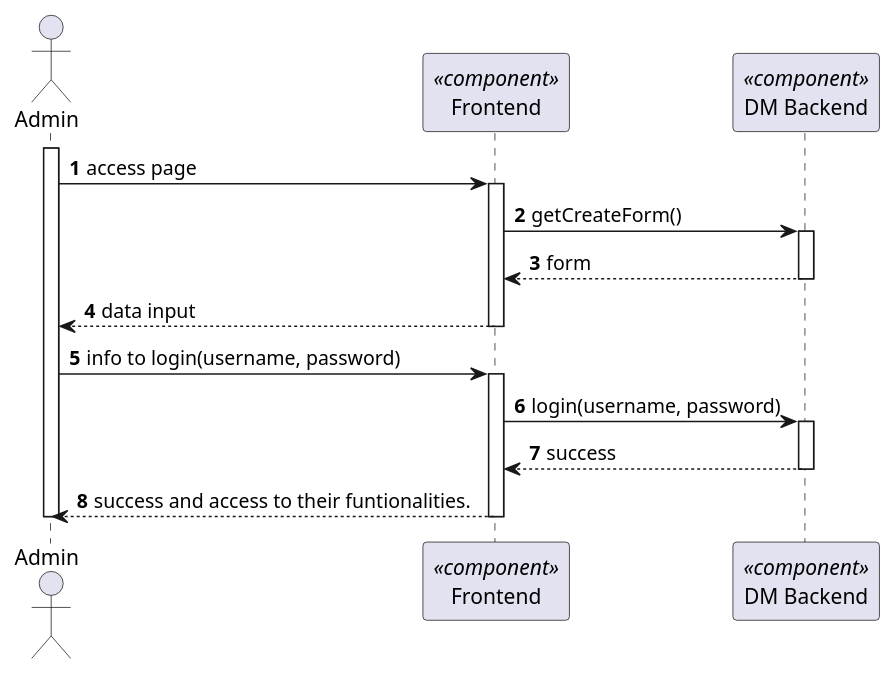
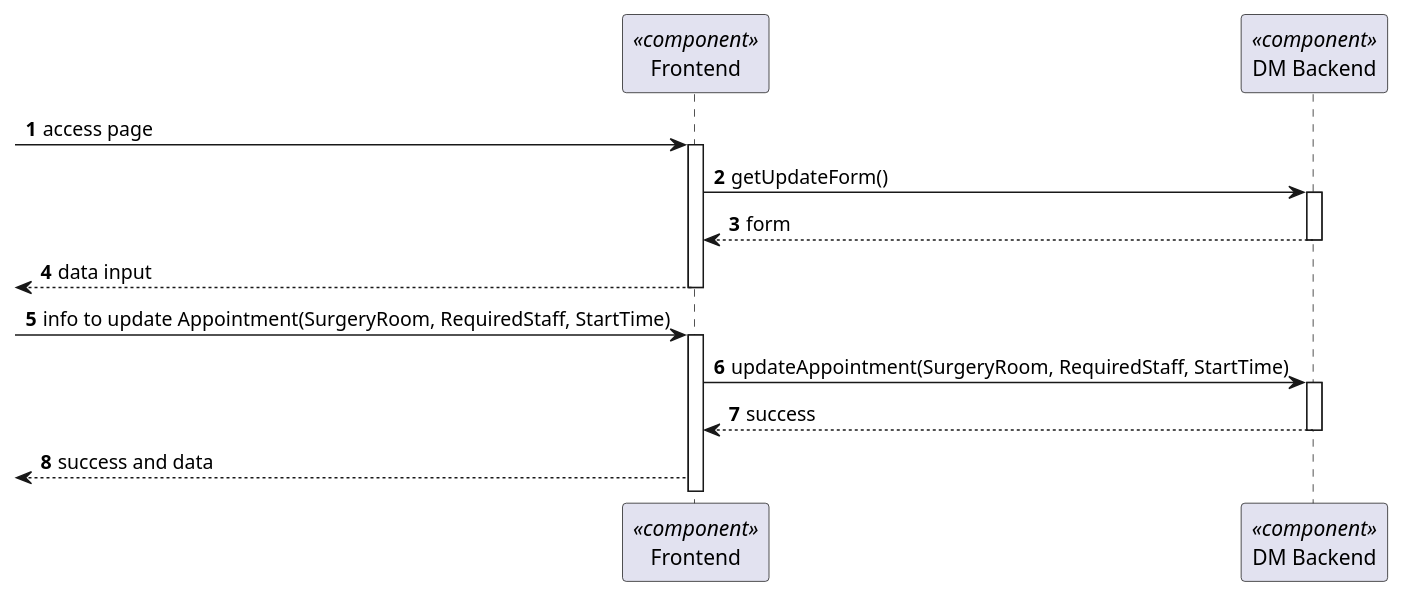
One commit to Ana-Miguel-Silva/SurgicalAppointmentAndResourceManagement changed the diagram in docs/BackofficeModule/7.2.9/sequence-diagram-2.puml. Above: the diagram before and after it, drawn with PlantUML. The commit also changed 36 other files, not shown here.

```diff
--- a/docs/BackofficeModule/7.2.9/sequence-diagram-2.puml
+++ b/docs/BackofficeModule/7.2.9/sequence-diagram-2.puml
@@ -1,33 +1,30 @@
-@startuml 5.1.1
+@startuml 5.1.8
 skinparam packageStyle rectangle
 skinparam shadowing false
 
 autonumber
 
-actor "Admin" as AD
 participant "Frontend" as FE <<component>>
 participant "DM Backend" as BE <<component>>
 
 
 
-activate AD
-AD -> FE: access page
+ -> FE: access page
 activate FE
-FE -> BE: getCreateForm()
+FE -> BE: getUpdateForm()
 activate BE
 BE --> FE: form
 deactivate BE
-FE --> AD : data input
+<-- FE   : data input
 deactivate FE
-AD -> FE : info to login(username, password)
+-> FE : info to update Appointment(SurgeryRoom, RequiredStaff, StartTime)
 activate FE
-FE -> BE : login(username, password)
+FE -> BE : updateAppointment(SurgeryRoom, RequiredStaff, StartTime)
 activate BE
 BE --> FE: success
 deactivate BE
-FE --> AD : success and access to their funtionalities.
-deactivate FE
-deactivate AD
+
+<-- FE   : success and data
 
 
 @enduml
```
